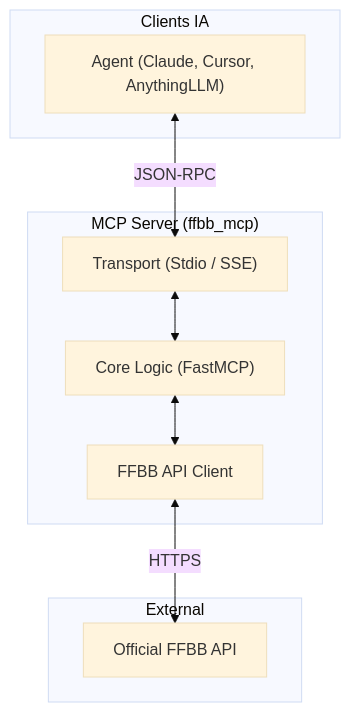
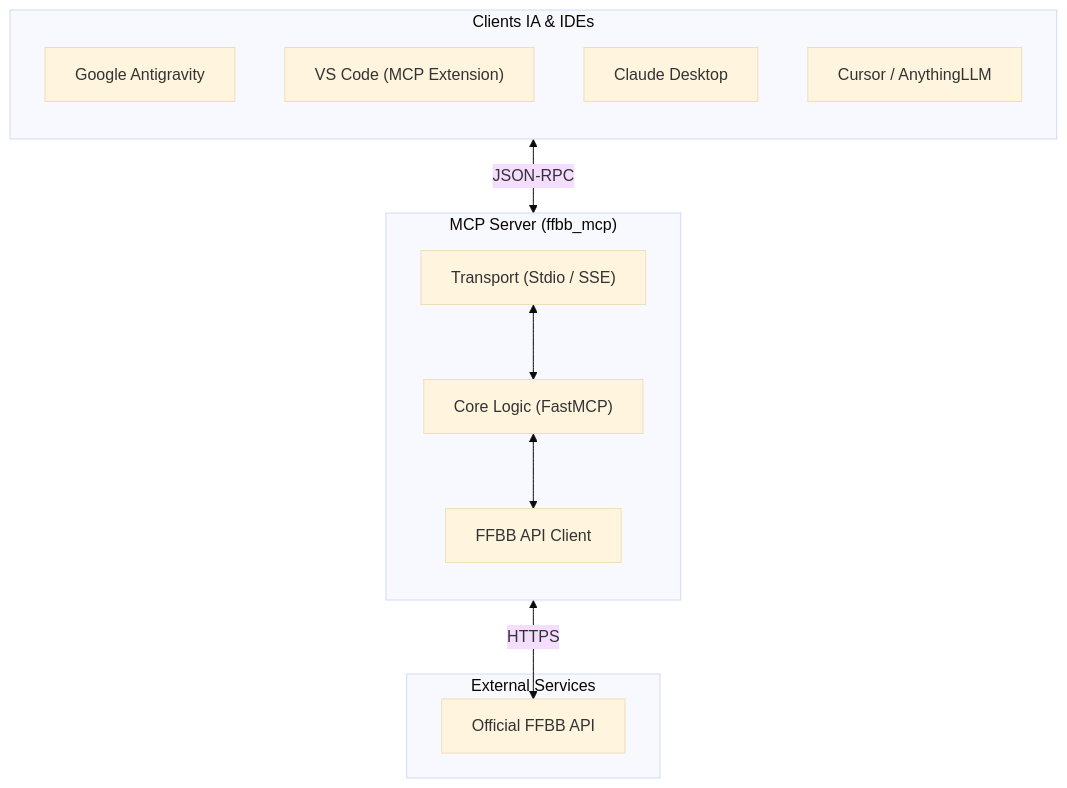
Before and after one commit to nickdesi/FFBB-MCP-Server: the diagram in README.md, drawn with Mermaid (base theme). The commit also changed other lines of this file and 1 other file, not shown here.

Commit message:
docs: modernize documentation and add client configurations for VS Code and Google Antigravity

````diff
--- a/README.md
+++ b/README.md
@@ -25,21 +25,26 @@
 ```mermaid
 flowchart TD
-    subgraph "Clients IA"
-        A["Agent (Claude, Cursor, AnythingLLM)"]
+    subgraph Clients ["Clients IA & IDEs"]
+        direction TB
+        A1["Google Antigravity"]
+        A2["VS Code (MCP Extension)"]
+        A3["Claude Desktop"]
+        A4["Cursor / AnythingLLM"]
     end
 
-    subgraph "MCP Server (ffbb_mcp)"
+    subgraph Server ["MCP Server (ffbb_mcp)"]
+        direction TB
         B["Transport (Stdio / SSE)"]
         C["Core Logic (FastMCP)"]
         D["FFBB API Client"]
     end
 
-    subgraph "External"
+    subgraph Remote ["External Services"]
         E["Official FFBB API"]
     end
 
-    A <-->|JSON-RPC| B
+    Clients <-->|JSON-RPC| B
     B <--> C
     C <--> D
     D <-->|HTTPS| E
 ```
````
